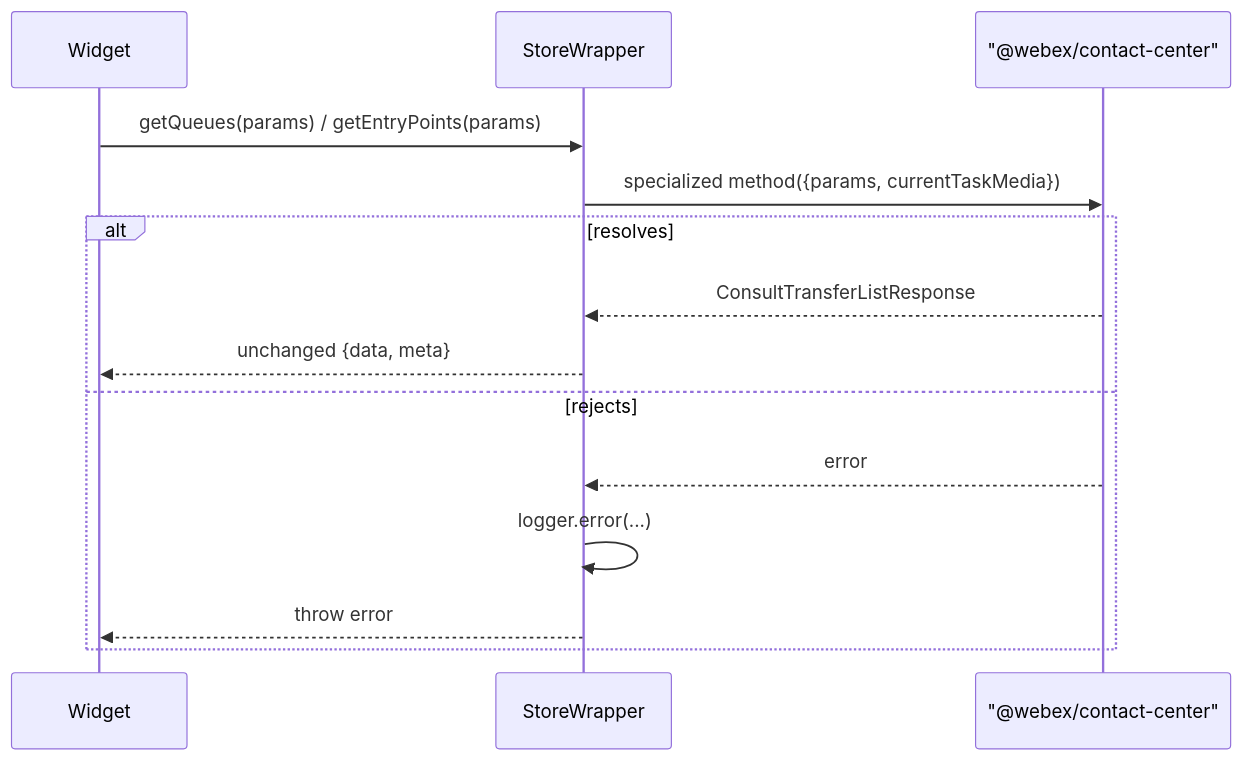
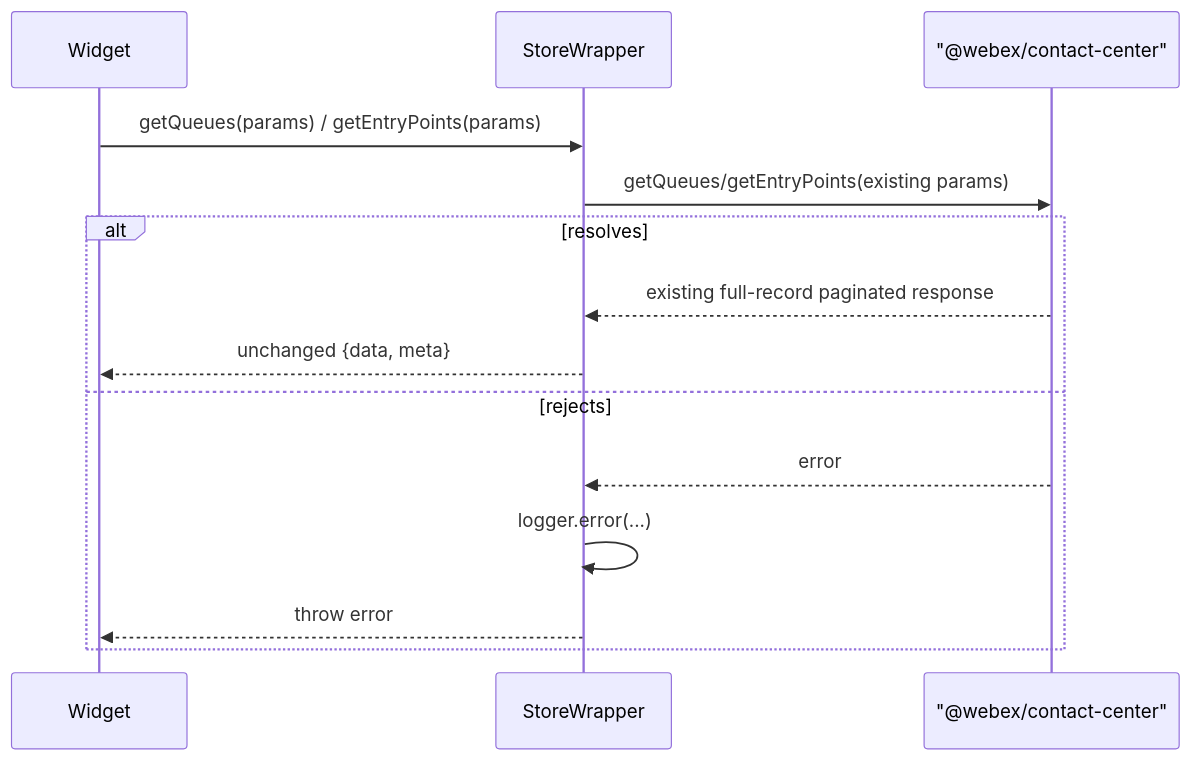
Before and after one commit to webex/widgets: the fifth of 6 diagrams in packages/contact-center/store/ai-docs/store-spec.md, drawn with Mermaid. The commit also changed other lines of this file and 14 other files, not shown here.

Commit message:
refactor(contact-center): consume existing destination list APIs

````diff
--- a/packages/contact-center/store/ai-docs/store-spec.md
+++ b/packages/contact-center/store/ai-docs/store-spec.md
@@ -242,17 +242,17 @@
 ```mermaid
 sequenceDiagram
   participant Widget
   participant W as StoreWrapper
   participant SDK as "@webex/contact-center"
 
   Widget->>W: getQueues(params) / getEntryPoints(params)
-  W->>SDK: specialized method({params, currentTaskMedia})
+  W->>SDK: getQueues/getEntryPoints(existing params)
   alt resolves
-    SDK-->>W: ConsultTransferListResponse
+    SDK-->>W: existing full-record paginated response
     W-->>Widget: unchanged {data, meta}
   else rejects
     SDK-->>W: error
     W->>W: logger.error(...)
     W-->>Widget: throw error
   end
 ```
````
